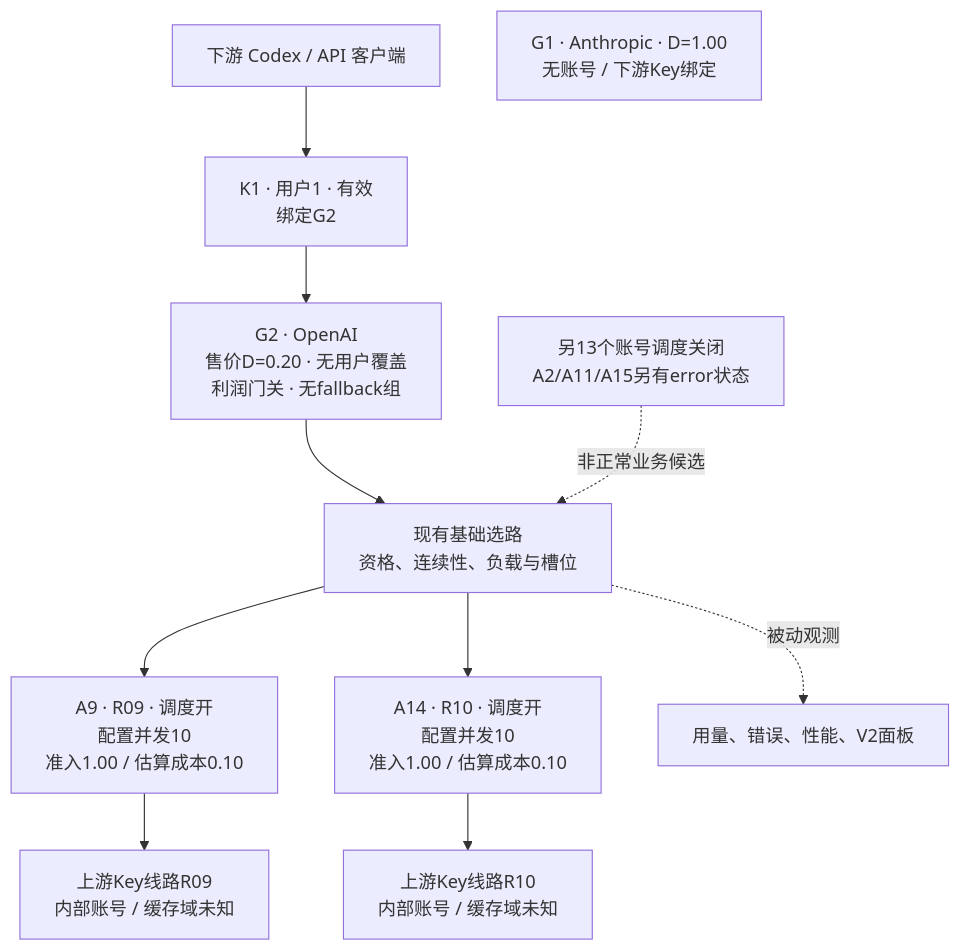
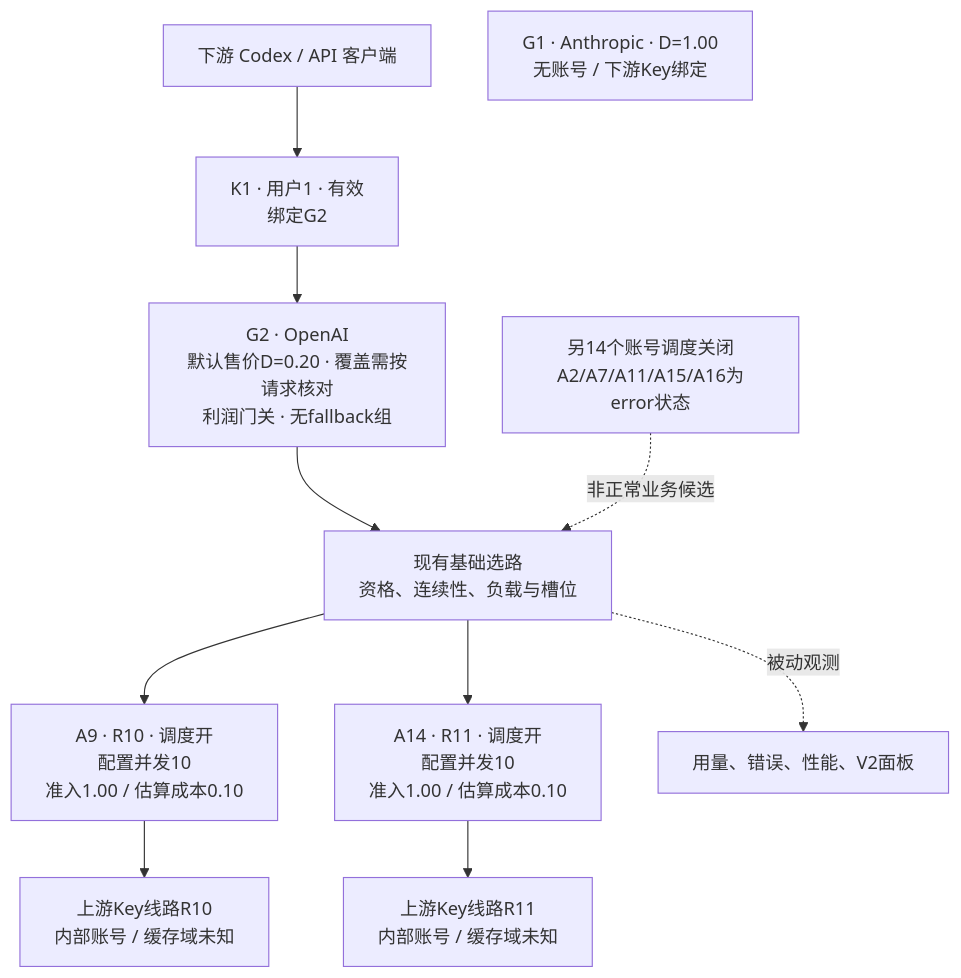
The first of 6 diagrams in docs/project/production-observation-flow.md (a5116107/ransub2api), drawn with Mermaid before and after one commit. The commit also changed other lines of this file and 4 other files, not shown here.

````diff
--- a/docs/project/production-observation-flow.md
+++ b/docs/project/production-observation-flow.md
@@ -25,13 +26,13 @@
 ```mermaid
 flowchart TD
   CLIENT["下游 Codex / API 客户端"] --> KEY["K1 · 用户1 · 有效<br/>绑定G2"]
-  KEY --> GROUP["G2 · OpenAI<br/>售价D=0.20 · 无用户覆盖<br/>利润门关 · 无fallback组"]
+  KEY --> GROUP["G2 · OpenAI<br/>默认售价D=0.20 · 覆盖需按请求核对<br/>利润门关 · 无fallback组"]
   GROUP --> ROUTE["现有基础选路<br/>资格、连续性、负载与槽位"]
-  ROUTE --> A9["A9 · R09 · 调度开<br/>配置并发10<br/>准入1.00 / 估算成本0.10"]
-  ROUTE --> A14["A14 · R10 · 调度开<br/>配置并发10<br/>准入1.00 / 估算成本0.10"]
-  A9 --> U9["上游Key线路R09<br/>内部账号 / 缓存域未知"]
-  A14 --> U14["上游Key线路R10<br/>内部账号 / 缓存域未知"]
-  OFF["另13个账号调度关闭<br/>A2/A11/A15另有error状态"] -. "非正常业务候选" .-> ROUTE
+  ROUTE --> A9["A9 · R10 · 调度开<br/>配置并发10<br/>准入1.00 / 估算成本0.10"]
+  ROUTE --> A14["A14 · R11 · 调度开<br/>配置并发10<br/>准入1.00 / 估算成本0.10"]
+  A9 --> U9["上游Key线路R10<br/>内部账号 / 缓存域未知"]
+  A14 --> U14["上游Key线路R11<br/>内部账号 / 缓存域未知"]
+  OFF["另14个账号调度关闭<br/>A2/A7/A11/A15/A16为error状态"] -. "非正常业务候选" .-> ROUTE
   G1["G1 · Anthropic · D=1.00<br/>无账号 / 下游Key绑定"]
   ROUTE -. "被动观测" .-> OBS["用量、错误、性能、V2面板"]
 ```
````
